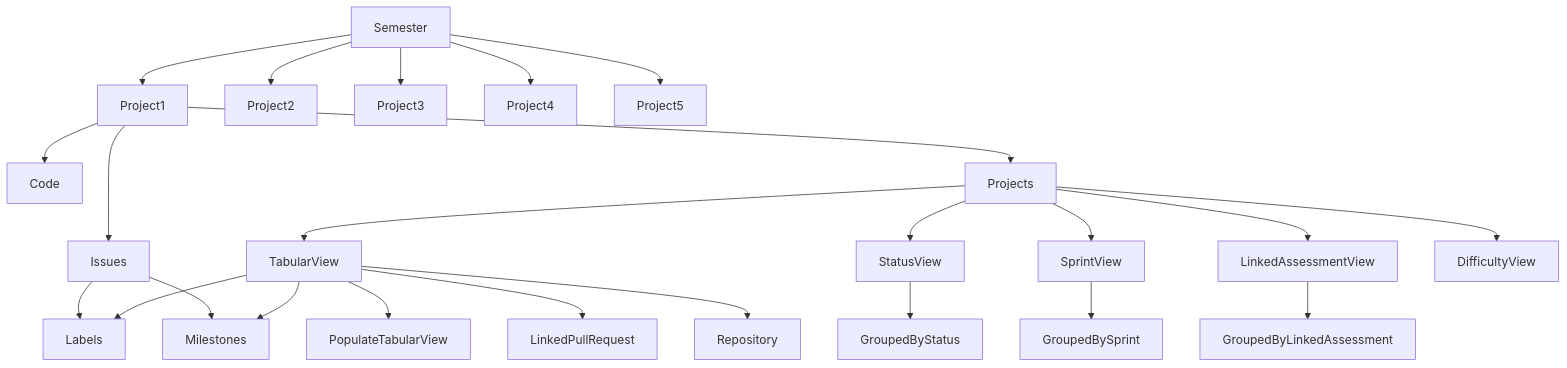
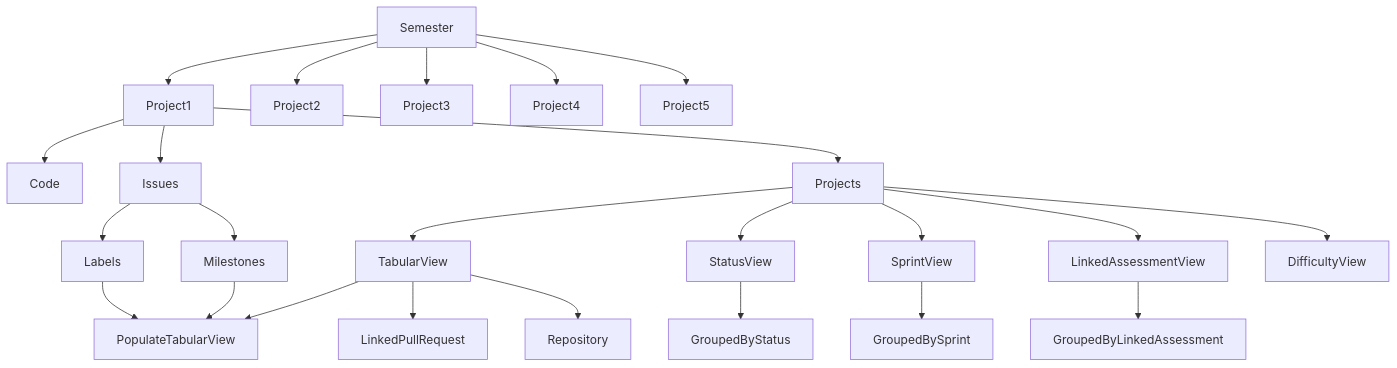
One commit to Mosotho888/CMPG-323-Overview---35551178 changed the diagram in README.md. Above: the diagram before and after it, drawn with Mermaid.

````diff
--- a/README.md
+++ b/README.md
@@ -12,26 +12,26 @@
 ```mermaid
 graph TB;
       Semester-->Project1;
       Semester-->Project2;
       Semester-->Project3;
       Semester-->Project4;
       Semester-->Project5;
       Project1-->Code;
       Project1-->Issues;
       Project1-->Projects;
       Issues-->Labels;
       Issues-->Milestones;
       Projects-->TabularView;
       Projects-->StatusView;
       Projects-->SprintView;
       Projects-->LinkedAssessmentView;
       Projects-->DifficultyView;
       TabularView-->PopulateTabularView;
-      TabularView-->Milestones;
-      TabularView-->Labels;
       TabularView-->LinkedPullRequest;
       TabularView-->Repository;
+      Milestones-->PopulateTabularView;
+      Labels-->PopulateTabularView;
       StatusView-->GroupedByStatus;
       SprintView-->GroupedBySprint;
       LinkedAssessmentView-->GroupedByLinkedAssessment;
 ```
````
